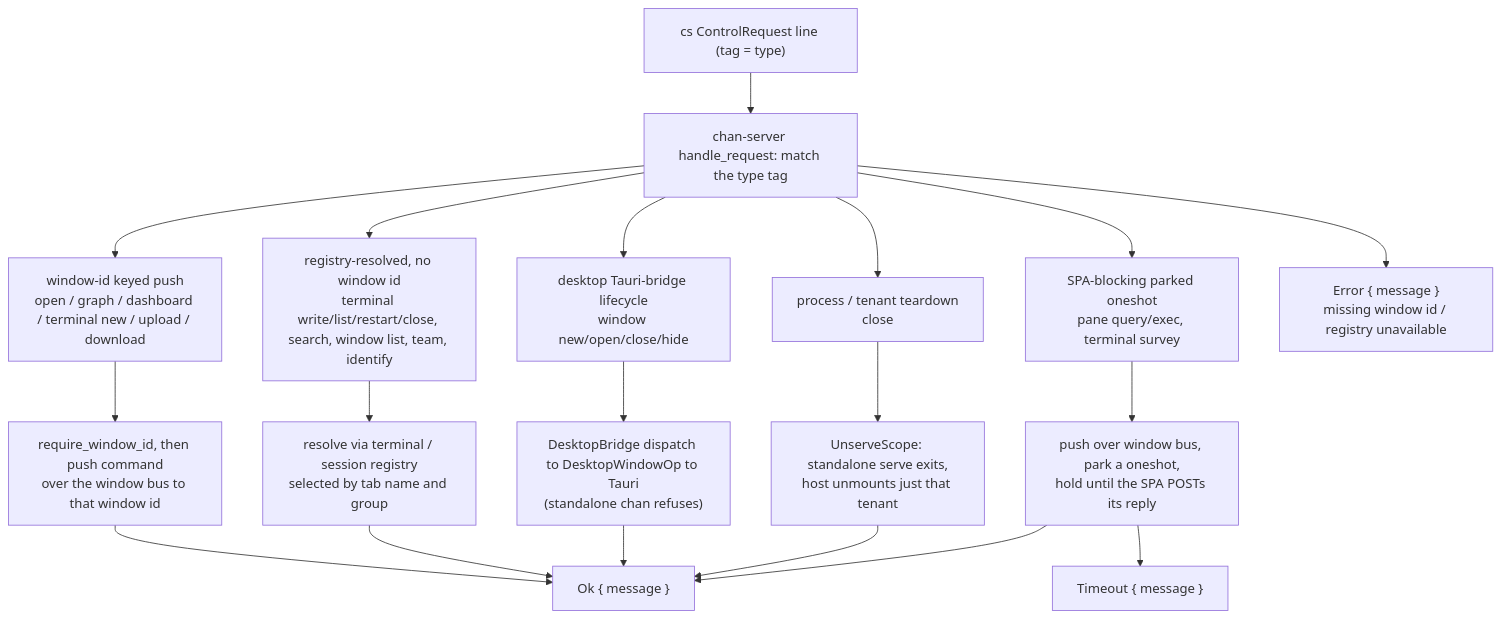
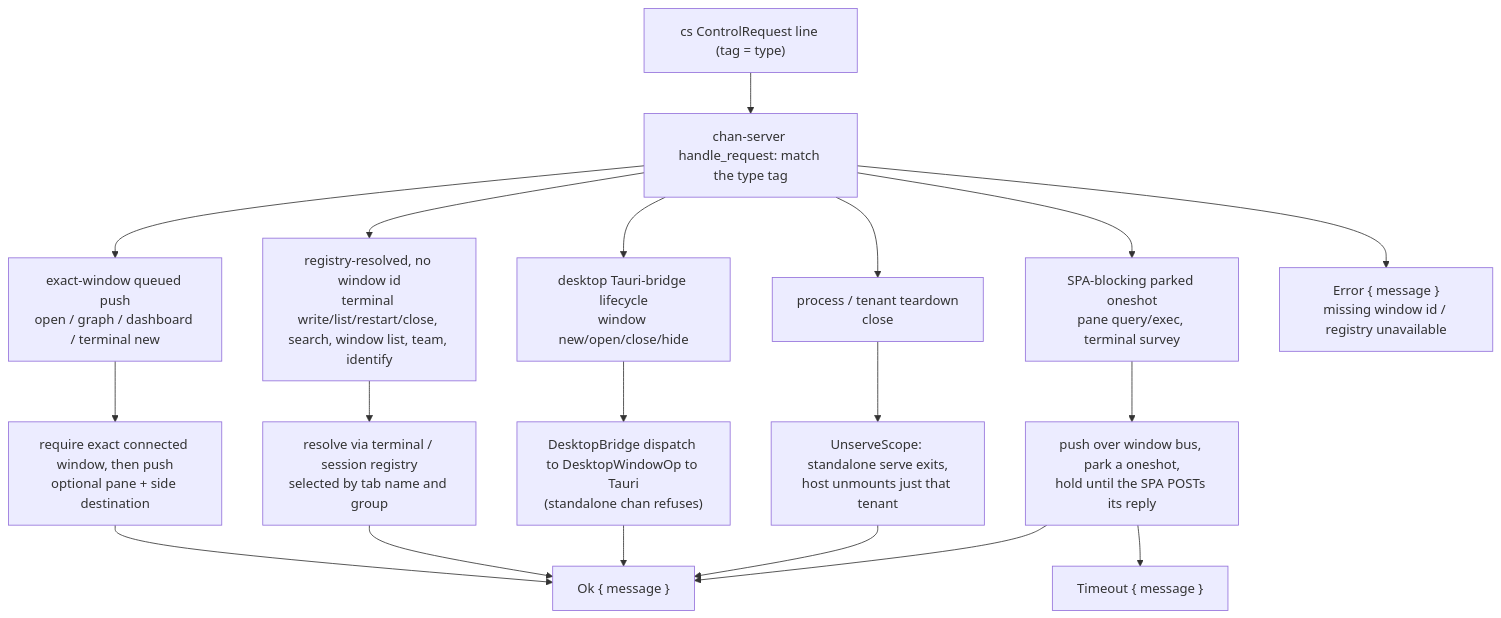
The third of 3 diagrams in crates/chan-shell/design.md (fiorix/chan), drawn with Mermaid before and after one commit. The commit also changed other lines of this file and 24 other files, not shown here.

````diff
--- a/crates/chan-shell/design.md
+++ b/crates/chan-shell/design.md
@@ -77,21 +77,21 @@
 ```mermaid
 flowchart TD
   REQ["cs ControlRequest line (tag = type)"] --> MATCH["chan-server handle_request: match the type tag"]
-  MATCH --> F1["window-id keyed push<br/>open / graph / dashboard / terminal new / upload / download"]
+  MATCH --> F1["exact-window queued push<br/>open / graph / dashboard / terminal new"]
   MATCH --> F2["registry-resolved, no window id<br/>terminal write/list/restart/close, search, window list, team, identify"]
   MATCH --> F3["SPA-blocking parked oneshot<br/>pane query/exec, terminal survey"]
   MATCH --> F4["desktop Tauri-bridge lifecycle<br/>window new/open/close/hide"]
   MATCH --> F5["process / tenant teardown<br/>close"]
-  F1 --> T1["require_window_id, then push command<br/>over the window bus to that window id"]
+  F1 --> T1["require exact connected window, then push<br/>optional pane + side destination"]
   F2 --> T2["resolve via terminal / session registry<br/>selected by tab name and group"]
   F3 --> T3["push over window bus, park a oneshot,<br/>hold until the SPA POSTs its reply"]
   F4 --> T4["DesktopBridge dispatch to DesktopWindowOp to Tauri<br/>(standalone chan refuses)"]
   F5 --> T5["UnserveScope: standalone serve exits,<br/>host unmounts just that tenant"]
   T1 --> OK["Ok { message }"]
   T2 --> OK
   T4 --> OK
   T5 --> OK
   T3 --> OK
   T3 --> TO["Timeout { message }"]
   MATCH --> ERR["Error { message }<br/>missing window id / registry unavailable"]
 ```
````
